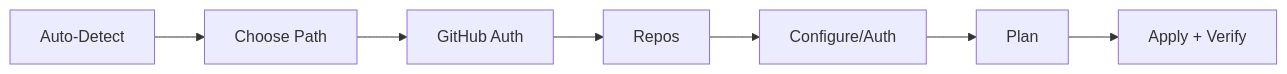
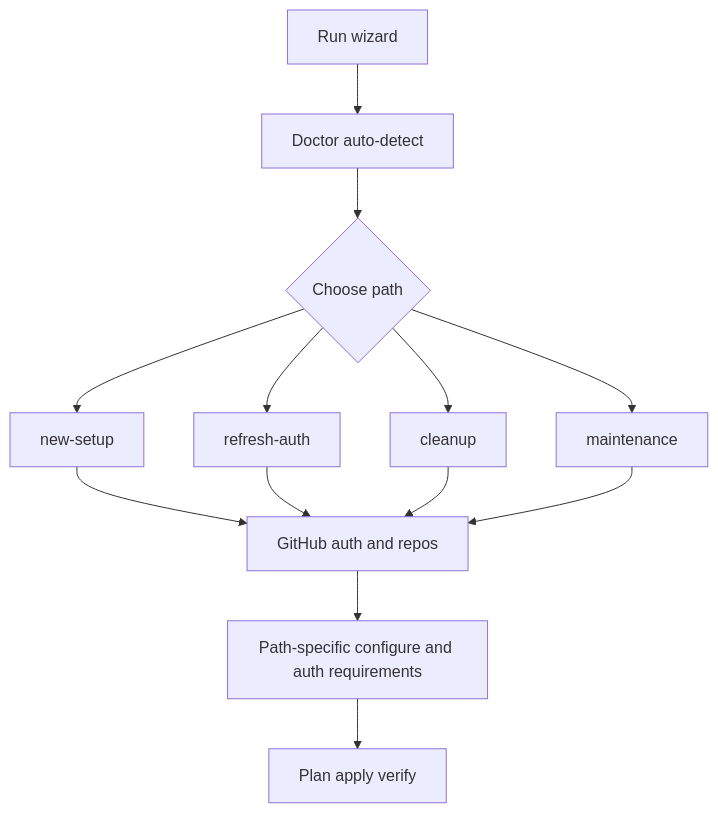
The diagram in Docs/reviewer/onboarding-wizard.md (EvotecIT/IntelligenceX), drawn with Mermaid before and after one commit. The commit also changed other lines of this file and 10 other files, not shown here.

Commit message:
Centralize onboarding path metadata in web setup flow

````diff
--- a/Docs/reviewer/onboarding-wizard.md
+++ b/Docs/reviewer/onboarding-wizard.md
@@ -25,9 +25,15 @@
 ```mermaid
-flowchart LR
-  A["Auto-Detect"] --> B["Choose Path"]
-  B --> C["GitHub Auth"]
-  C --> D["Repos"]
-  D --> E["Configure/Auth"]
-  E --> F["Plan"]
-  F --> G["Apply + Verify"]
+flowchart TD
+  A["Run wizard"] --> B["Doctor auto-detect"]
+  B --> C{"Choose path"}
+  C --> D["new-setup"]
+  C --> E["refresh-auth"]
+  C --> F["cleanup"]
+  C --> G["maintenance"]
+  D --> H["GitHub auth and repos"]
+  E --> H
+  F --> H
+  G --> H
+  H --> I["Path-specific configure and auth requirements"]
+  I --> J["Plan apply verify"]
 ```
````
